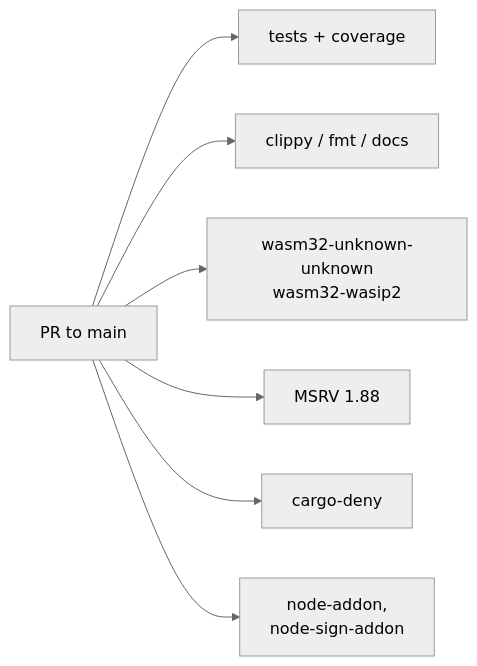
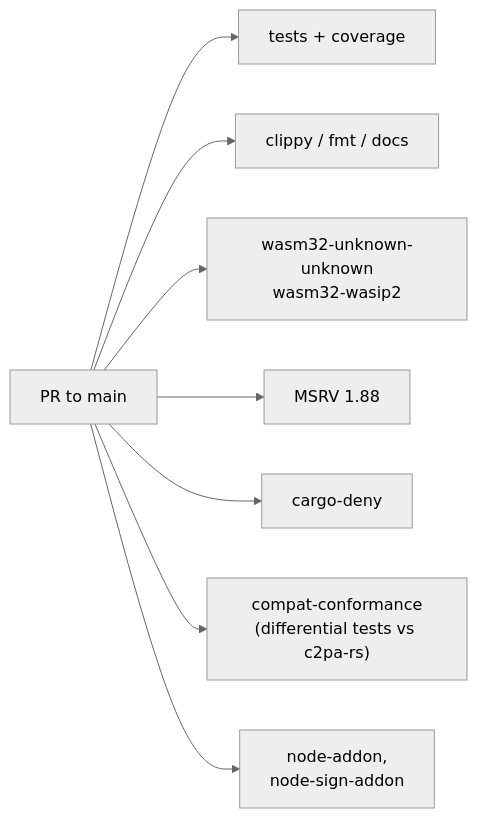
The second of 2 diagrams in docs/walkthrough/07-proof-and-ci.md (scouten/state-machine-experiment), drawn with Mermaid (neutral theme) before and after one commit. The commit also changed other lines of this file and 4 other files, not shown here.

````diff
--- a/docs/walkthrough/07-proof-and-ci.md
+++ b/docs/walkthrough/07-proof-and-ci.md
@@ -38,9 +39,10 @@
 ```mermaid
 flowchart LR
     PR[PR to main] --> T[tests + coverage]
     PR --> L["clippy / fmt / docs"]
     PR --> W["wasm32-unknown-unknown<br/>wasm32-wasip2"]
     PR --> M[MSRV 1.88]
     PR --> D[cargo-deny]
+    PR --> C["compat-conformance<br/>(differential tests vs c2pa-rs)"]
     PR --> N["node-addon,<br/>node-sign-addon"]
 ```
````
